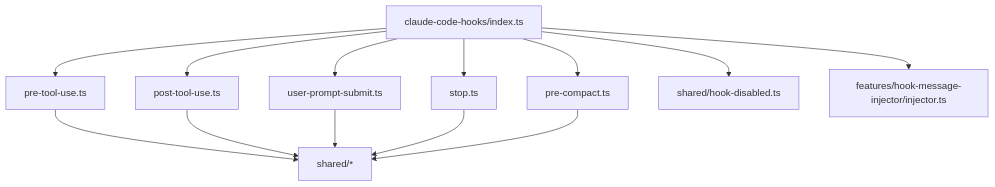
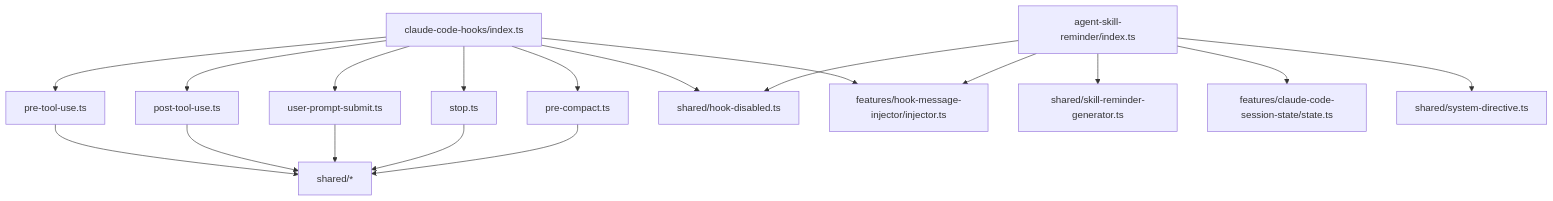
One commit to code-yeongyu/oh-my-openagent changed the ninth of 9 diagrams in .qoder/repowiki/zh/content/钩子系统/钩子架构设计.md. Above: the diagram before and after it, drawn with Mermaid. The commit also changed other lines of this file and 61 other files, not shown here.

First line of the commit message:
feat(mdsel): integrate mdsel as built-in skill with reminder hook

````diff
--- a/.qoder/repowiki/zh/content/钩子系统/钩子架构设计.md
+++ b/.qoder/repowiki/zh/content/钩子系统/钩子架构设计.md
@@ -298,15 +429,20 @@
 ```mermaid
 graph TB
 CHI["claude-code-hooks/index.ts"] --> PTU["pre-tool-use.ts"]
 CHI --> PTO["post-tool-use.ts"]
 CHI --> UPS["user-prompt-submit.ts"]
 CHI --> STP["stop.ts"]
 CHI --> PCP["pre-compact.ts"]
 CHI --> HD["shared/hook-disabled.ts"]
 CHI --> HMI["features/hook-message-injector/injector.ts"]
+ASR["agent-skill-reminder/index.ts"] --> SRG["shared/skill-reminder-generator.ts"]
+ASR --> CCS["features/claude-code-session-state/state.ts"]
+ASR --> SD["shared/system-directive.ts"]
+ASR --> HD
+ASR --> HMI
 PTU --> SH["shared/*"]
 PTO --> SH
 UPS --> SH
 STP --> SH
 PCP --> SH
 ```
````
